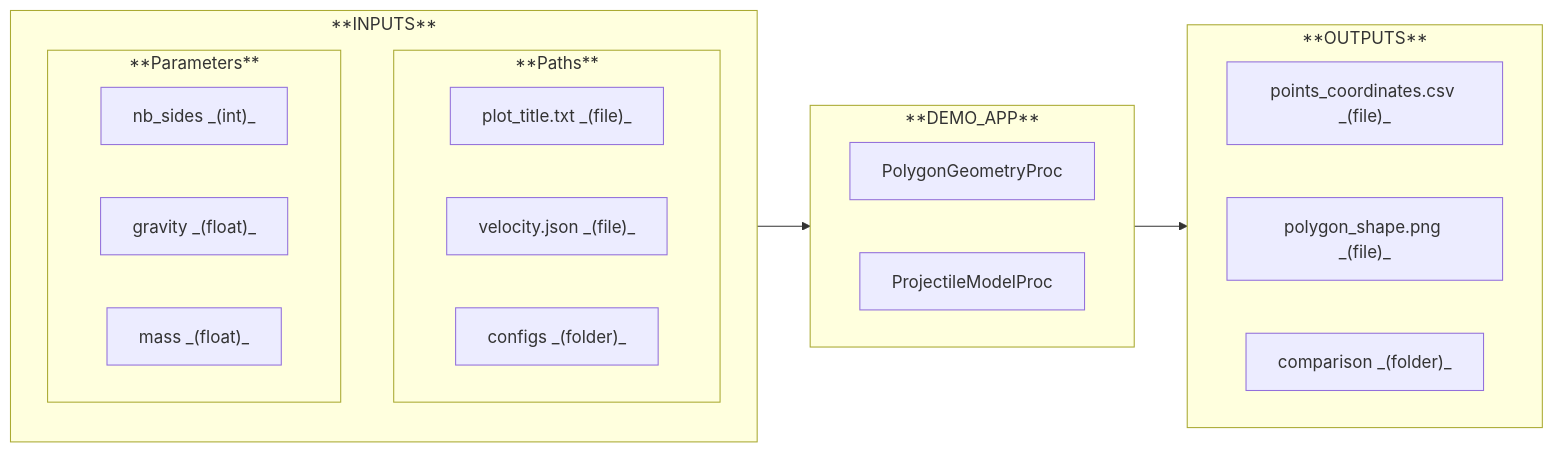
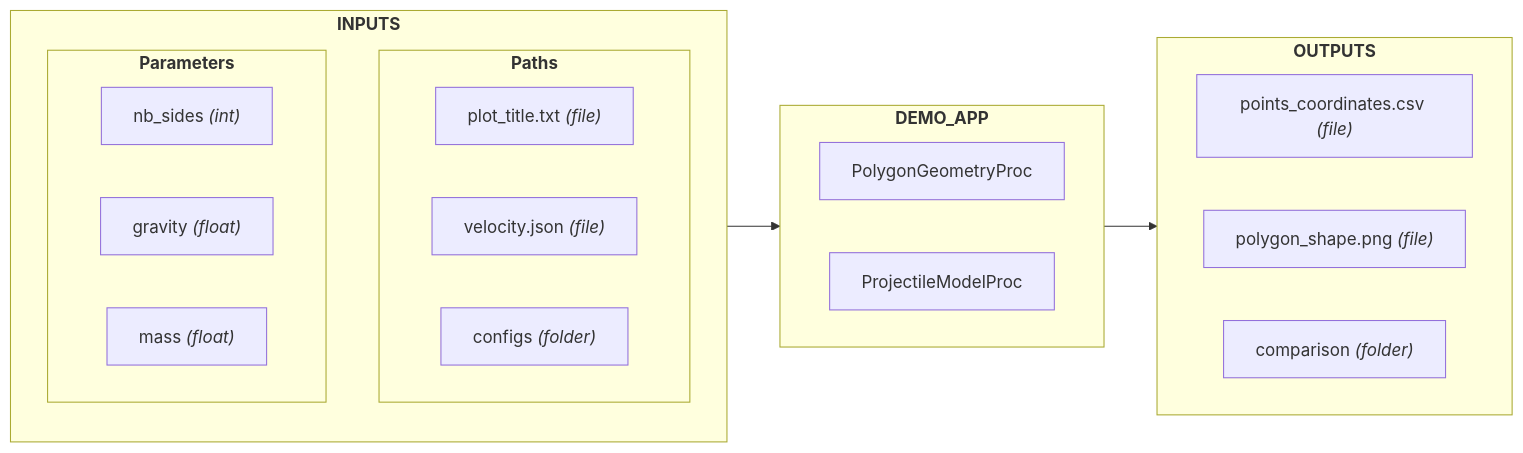
One commit to nuremics/nuremics-docs changed diagram 12 of 14 in docs/handbook/design.md. Above: the diagram before and after it, drawn with Mermaid. The commit also changed other lines of this file and 5 other files, not shown here.

Commit message:
fix mermaid display issues

````diff
--- a/docs/handbook/design.md
+++ b/docs/handbook/design.md
@@ -287,36 +287,36 @@
 ```mermaid
 flowchart LR
-  subgraph **INPUTS**
+  subgraph Inputs[<b>INPUTS<b>]
     direction TB
 
-    subgraph **Paths**
+    subgraph Paths[<b>Paths<b>]
       direction LR
-      path1["plot_title.txt _(file)_"]
-      path2["velocity.json _(file)_"]
-      path3["configs _(folder)_"]
+      path1["plot_title.txt <i>(file)<i>"]
+      path2["velocity.json <i>(file)<i>"]
+      path3["configs <i>(folder)<i>"]
     end
 
-    subgraph **Parameters**
+    subgraph Parameters[<b>Parameters<b>]
       direction LR
-      param1["nb_sides _(int)_"]
-      param2["gravity _(float)_"]
-      param3["mass _(float)_"]
+      param1["nb_sides <i>(int)<i>"]
+      param2["gravity <i>(float)<i>"]
+      param3["mass <i>(float)<i>"]
     end
   end
 
-  subgraph **DEMO_APP**
+  subgraph App[<b>DEMO_APP<b>]
     direction RL
     proc1["PolygonGeometryProc"]
     proc2["ProjectileModelProc"]
   end
 
-  subgraph **OUTPUTS**
+  subgraph Outputs[<b>OUTPUTS<b>]
     direction RL
-    out1["points_coordinates.csv _(file)_"]
-    out2["polygon_shape.png _(file)_"]
-    out3["comparison _(folder)_"]
+    out1["points_coordinates.csv <i>(file)<i>"]
+    out2["polygon_shape.png <i>(file)<i>"]
+    out3["comparison <i>(folder)<i>"]
   end
 
-  **INPUTS** --> **DEMO_APP**
-  **DEMO_APP** --> **OUTPUTS**
+  Inputs --> App
+  App --> Outputs
 ```
````
